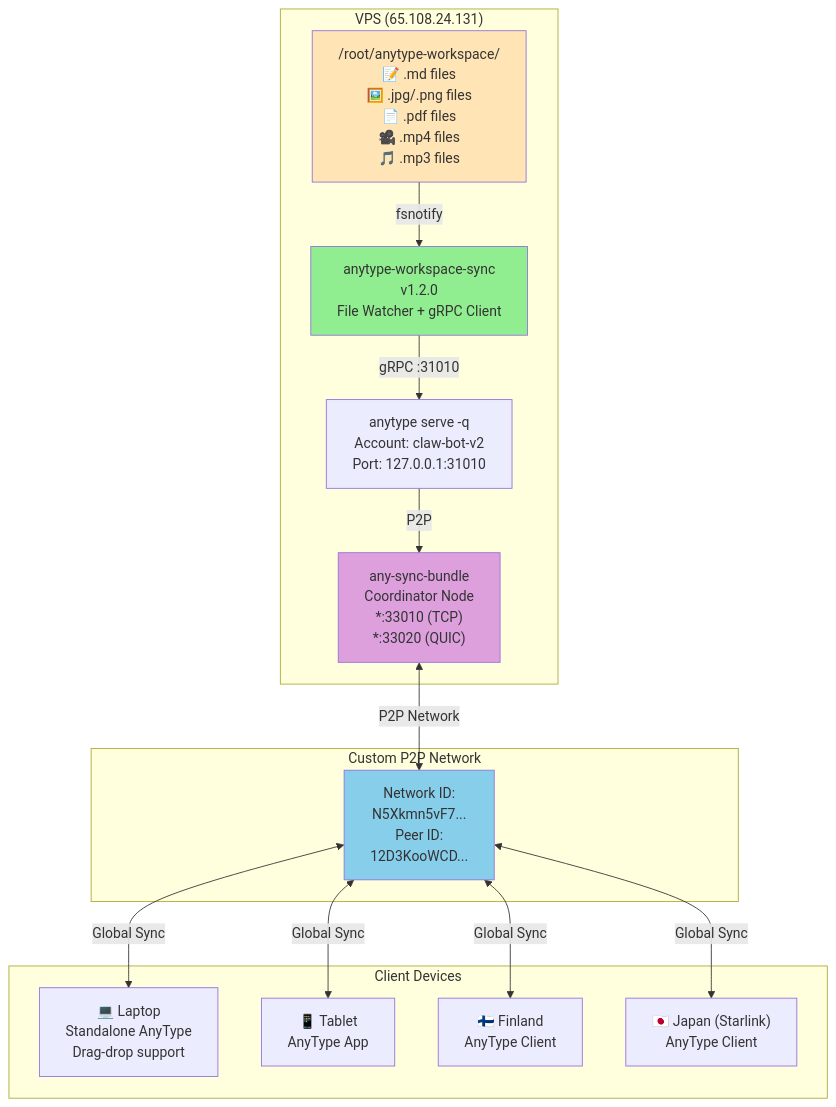
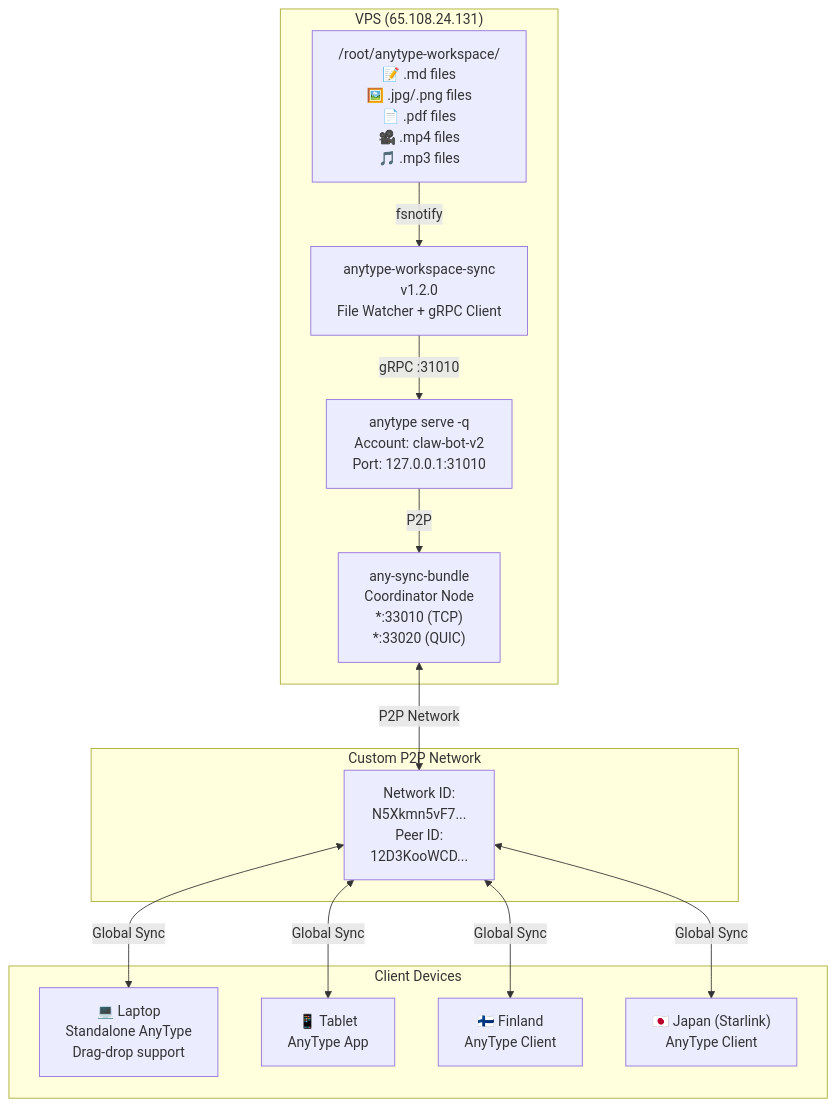
The third of 6 diagrams in code/anytype-workspace-sync/FILE_SYNC_FLOW.md (robouden/openclaw-workspace), drawn with Mermaid before and after one commit. The commit also changed other lines of this file, not shown here.

Commit message:
chore: Remove explicit styling from Mermaid diagrams in `FILE_SYNC_FLOW.md`.

````diff
--- a/code/anytype-workspace-sync/FILE_SYNC_FLOW.md
+++ b/code/anytype-workspace-sync/FILE_SYNC_FLOW.md
@@ -105,37 +100,34 @@
 ```mermaid
 graph TB
     subgraph VPS["VPS (65.108.24.131)"]
         Workspace["/root/anytype-workspace/<br/>📝 .md files<br/>🖼️ .jpg/.png files<br/>📄 .pdf files<br/>🎥 .mp4 files<br/>🎵 .mp3 files"]
 
         SyncService["anytype-workspace-sync<br/>v1.2.0<br/>File Watcher + gRPC Client"]
 
         AnytypeServer["anytype serve -q<br/>Account: claw-bot-v2<br/>Port: 127.0.0.1:31010"]
 
         Coordinator["any-sync-bundle<br/>Coordinator Node<br/>*:33010 (TCP)<br/>*:33020 (QUIC)"]
     end
 
     subgraph Network["Custom P2P Network"]
         NetID["Network ID:<br/>N5Xkmn5vF7...<br/>Peer ID:<br/>12D3KooWCD..."]
     end
 
     subgraph Devices["Client Devices"]
         Laptop["💻 Laptop<br/>Standalone AnyType<br/>Drag-drop support"]
         Tablet["📱 Tablet<br/>AnyType App"]
         Finland["🇫🇮 Finland<br/>AnyType Client"]
         Japan["🇯🇵 Japan (Starlink)<br/>AnyType Client"]
     end
 
     Workspace -->|fsnotify| SyncService
     SyncService -->|gRPC :31010| AnytypeServer
     AnytypeServer -->|P2P| Coordinator
     Coordinator <-->|P2P Network| NetID
     NetID <-->|Global Sync| Laptop
     NetID <-->|Global Sync| Tablet
     NetID <-->|Global Sync| Finland
     NetID <-->|Global Sync| Japan
 
-    style Workspace fill:#FFE4B5
-    style SyncService fill:#90EE90
-    style Coordinator fill:#DDA0DD
-    style NetID fill:#87CEEB
+
 ```
````
